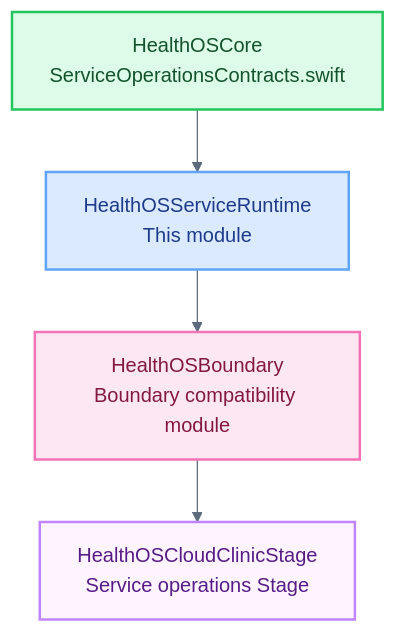
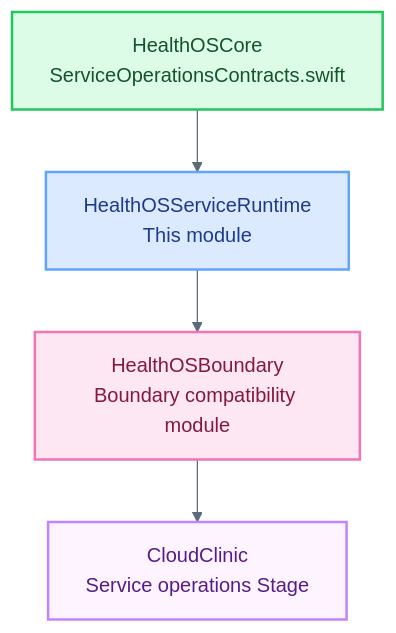
One commit to myselfgus/HealthOScaffold changed the diagram in HealthOS/Tier2-GOS-Runtimes/Sources/HealthOSServiceRuntime/README.md. Above: the diagram before and after it, drawn with Mermaid. The commit also changed other lines of this file and 130 other files, not shown here.

````diff
--- a/HealthOS/Tier2-GOS-Runtimes/Sources/HealthOSServiceRuntime/README.md
+++ b/HealthOS/Tier2-GOS-Runtimes/Sources/HealthOSServiceRuntime/README.md
@@ -9,17 +9,17 @@
 ```mermaid
 %%{init: {'theme': 'base', 'themeVariables': {'primaryColor': '#F6F8FB', 'primaryBorderColor': '#D6DEE8', 'primaryTextColor': '#1D2733', 'clusterBkg': '#FFFFFF', 'clusterBorder': '#D6DEE8', 'lineColor': '#5B6B7C', 'edgeLabelBackground': '#F6F8FB', 'fontFamily': 'ui-rounded, -apple-system, BlinkMacSystemFont, sans-serif'}}}%%
 graph TD
     classDef core     fill:#dcfce7,stroke:#22c55e,stroke-width:2px,color:#14532d
     classDef runtime  fill:#dbeafe,stroke:#60a5fa,stroke-width:2px,color:#1e3a8a
     classDef boundary fill:#fce7f3,stroke:#f472b6,stroke-width:2px,color:#831843
     classDef stage    fill:#fdf4ff,stroke:#c084fc,stroke-width:2px,color:#581c87
 
     CORE[HealthOSCore\nServiceOperationsContracts.swift]:::core
     SR[HealthOSServiceRuntime\nThis module]:::runtime
     BOUND[HealthOSBoundary\nBoundary compatibility module]:::boundary
-    CC[HealthOSCloudClinicStage\nService operations Stage]:::stage
+    CC[CloudClinic\nService operations Stage]:::stage
 
     CORE --> SR
     SR --> BOUND
     BOUND --> CC
 ```
````
